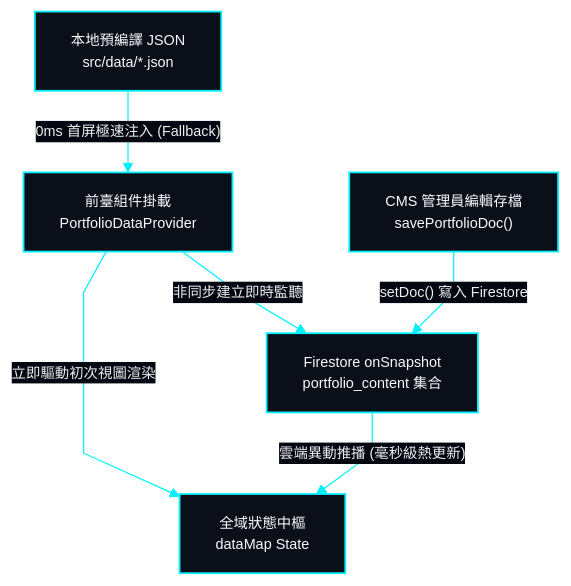
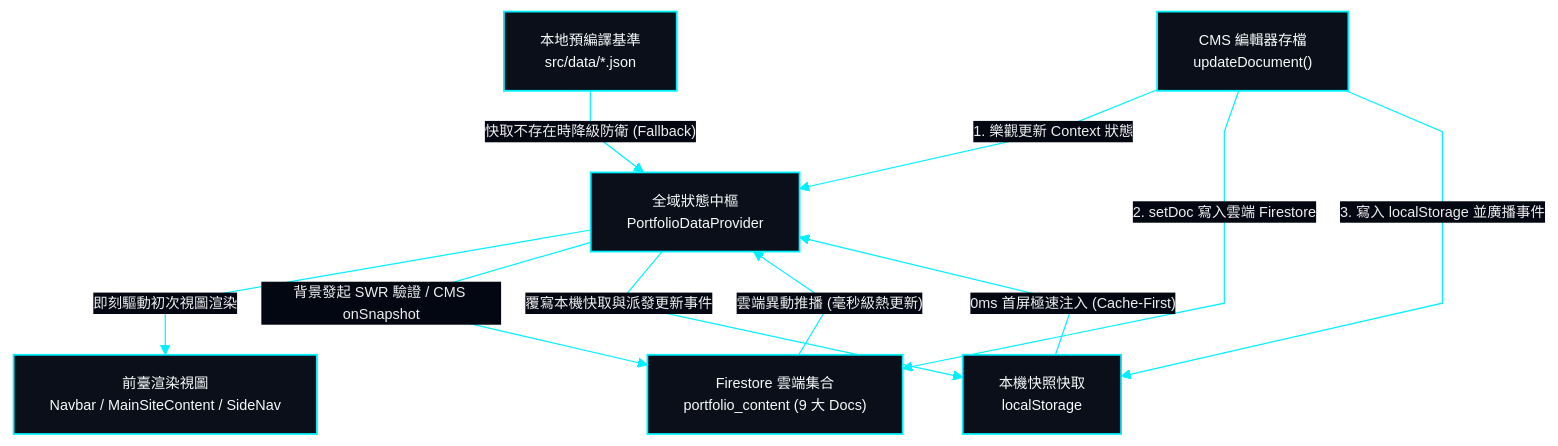
One commit to EricXJason/my-portfolio-website changed the diagram in docs/system-design/05-specs-database.md. Above: the diagram before and after it, drawn with Mermaid. The commit also changed other lines of this file and 35 other files, not shown here.

````diff
--- a/docs/system-design/05-specs-database.md
+++ b/docs/system-design/05-specs-database.md
@@ -33,32 +331,37 @@
 ```mermaid
 %%{init: {
   'theme': 'base',
   'themeVariables': {
     'darkMode': true,
     'background': '#030712',
     'mainBkg': '#0b0f19',
     'nodeBorder': '#00f0ff',
     'textColor': '#f8fafc',
     'lineColor': '#00f0ff',
     'edgeLabelBackground': '#030712',
     'fontSize': '12px'
   },
   'flowchart': {
     'curve': 'linear'
   }
 }}%%
 flowchart TD
     classDef hudCard fill:#0b0f19,stroke:#00f0ff,stroke-width:1.5px,color:#f8fafc;
 
-    LocalJSON["本地預編譯 JSON<br>src/data/*.json"]:::hudCard
-    MountNode["前臺組件掛載<br>PortfolioDataProvider"]:::hudCard
-    StateHub["全域狀態中樞<br>dataMap State"]:::hudCard
-    FirestoreStream["Firestore onSnapshot<br>portfolio_content 集合"]:::hudCard
-    CMSUpdate["CMS 管理員編輯存檔<br>savePortfolioDoc()"]:::hudCard
+    LocalJSON["本地預編譯基準<br>src/data/*.json"]:::hudCard
+    LocalCache["本機快照快取<br>localStorage"]:::hudCard
+    ContextHub["全域狀態中樞<br>PortfolioDataProvider"]:::hudCard
+    FrontUI["前臺渲染視圖<br>Navbar / MainSiteContent / SideNav"]:::hudCard
+    FirestoreStream["Firestore 雲端集合<br>portfolio_content (9 大 Docs)"]:::hudCard
+    CMSAction["CMS 編輯器存檔<br>updateDocument()"]:::hudCard
 
-    LocalJSON -->|"0ms 首屏極速注入 (Fallback)"| MountNode
-    MountNode -->|"立即驅動初次視圖渲染"| StateHub
-    MountNode -->|"非同步建立即時監聽"| FirestoreStream
-    FirestoreStream -->|"雲端異動推播 (毫秒級熱更新)"| StateHub
-    CMSUpdate -->|"setDoc() 寫入 Firestore"| FirestoreStream
+    LocalCache -->|"0ms 首屏極速注入 (Cache-First)"| ContextHub
+    LocalJSON -->|"快取不存在時降級防衛 (Fallback)"| ContextHub
+    ContextHub -->|"即刻驅動初次視圖渲染"| FrontUI
+    ContextHub -->|"背景發起 SWR 驗證 / CMS onSnapshot"| FirestoreStream
+    FirestoreStream -->|"雲端異動推播 (毫秒級熱更新)"| ContextHub
+    ContextHub -->|"覆寫本機快取與派發更新事件"| LocalCache
+    CMSAction -->|"1. 樂觀更新 Context 狀態"| ContextHub
+    CMSAction -->|"2. setDoc 寫入雲端 Firestore"| FirestoreStream
+    CMSAction -->|"3. 寫入 localStorage 並廣播事件"| LocalCache
 ```
````
